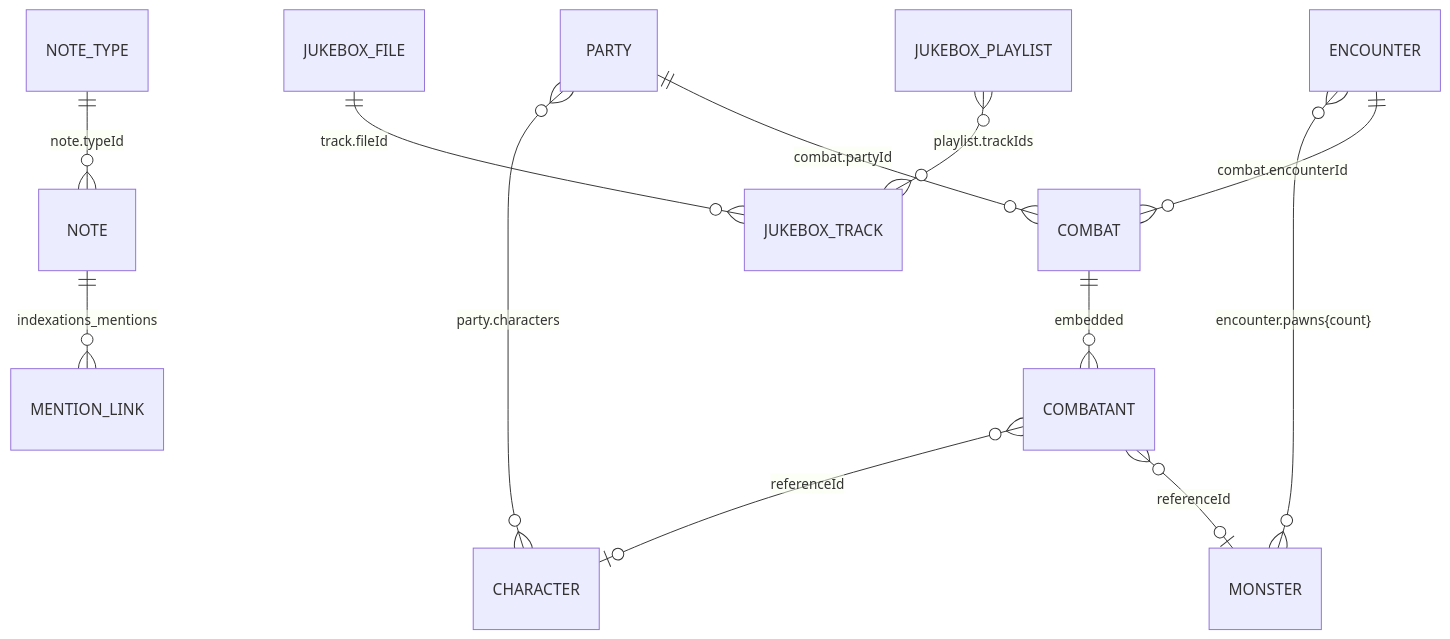
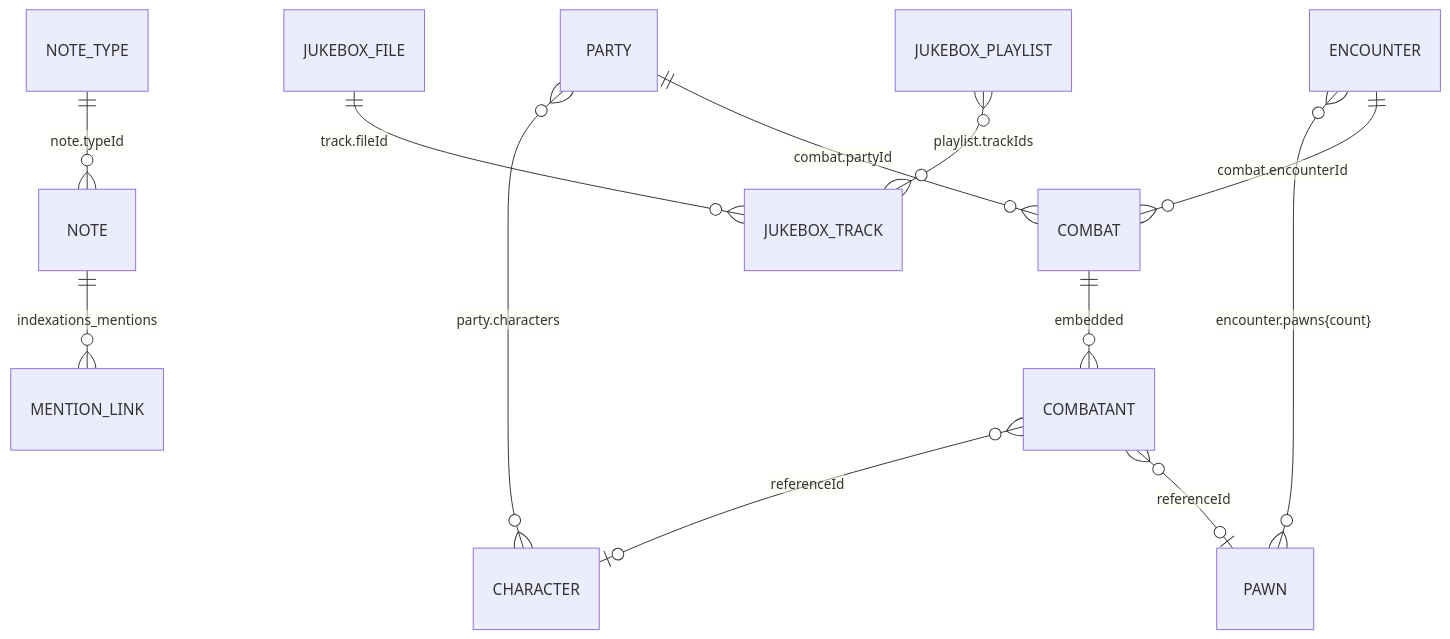
The diagram in docs/architecture/data-model.md (ionian-wind/dmh-pwa), drawn with Mermaid before and after one commit. The commit also changed other lines of this file and 116 other files, not shown here.

````diff
--- a/docs/architecture/data-model.md
+++ b/docs/architecture/data-model.md
@@ -319,14 +319,14 @@
 ```mermaid
 erDiagram
   NOTE_TYPE ||--o{ NOTE : "note.typeId"
   PARTY }o--o{ CHARACTER : "party.characters"
-  ENCOUNTER }o--o{ MONSTER : "encounter.pawns{count}"
+  ENCOUNTER }o--o{ PAWN : "encounter.pawns{count}"
   ENCOUNTER ||--o{ COMBAT : "combat.encounterId"
   PARTY ||--o{ COMBAT : "combat.partyId"
   COMBAT ||--o{ COMBATANT : "embedded"
   COMBATANT }o--o| CHARACTER : "referenceId"
-  COMBATANT }o--o| MONSTER : "referenceId"
+  COMBATANT }o--o| PAWN : "referenceId"
   JUKEBOX_FILE ||--o{ JUKEBOX_TRACK : "track.fileId"
   JUKEBOX_PLAYLIST }o--o{ JUKEBOX_TRACK : "playlist.trackIds"
   NOTE ||--o{ MENTION_LINK : "indexations_mentions"
 ```
````
